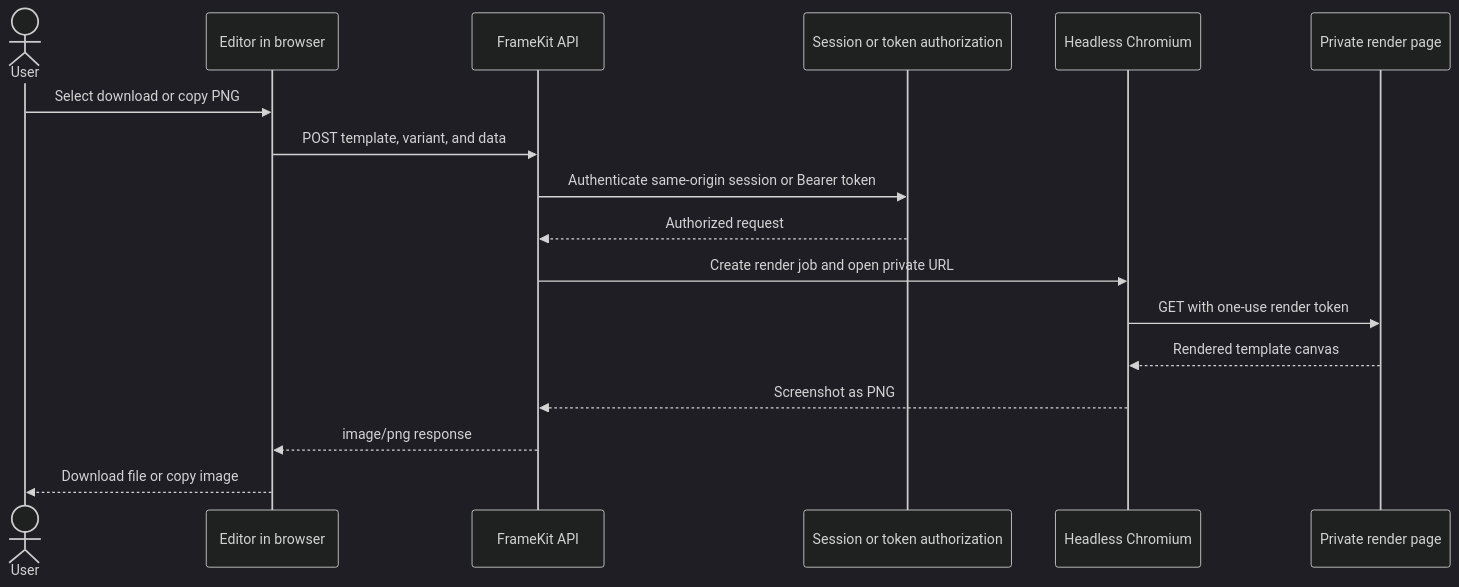
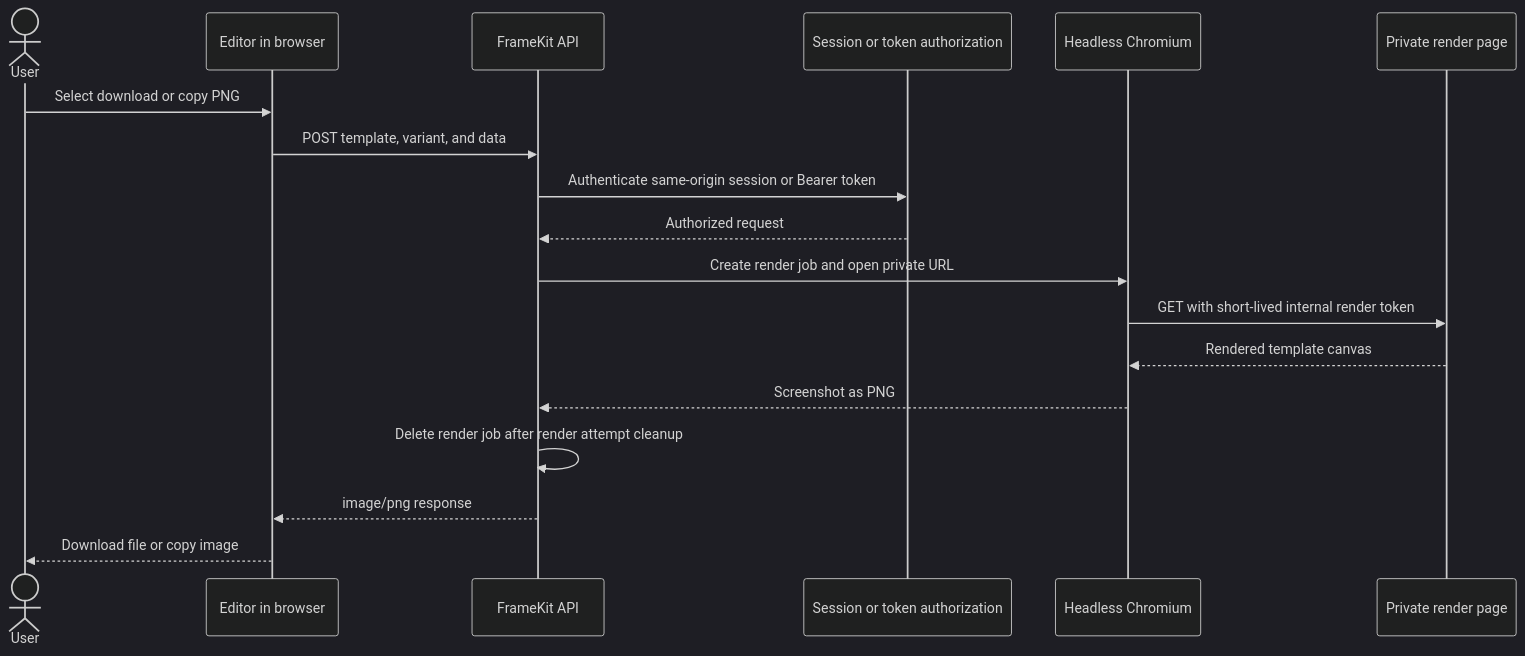
One commit to MauricioDMO/FrameKit changed the diagram in apps/docs/src/content/docs/en/contributors/architecture/studio-and-editor.md. Above: the diagram before and after it, drawn with Mermaid (dark theme). The commit also changed other lines of this file and 1 other file, not shown here.

Commit message:
docs(contributors): fix architecture review findings

````diff
--- a/apps/docs/src/content/docs/en/contributors/architecture/studio-and-editor.md
+++ b/apps/docs/src/content/docs/en/contributors/architecture/studio-and-editor.md
@@ -52,20 +57,21 @@
 ```mermaid
 sequenceDiagram
   actor User
   participant Editor as Editor in browser
   participant API as FrameKit API
   participant Access as Session or token authorization
   participant Chromium as Headless Chromium
   participant RenderPage as Private render page
 
   User->>Editor: Select download or copy PNG
   Editor->>API: POST template, variant, and data
   API->>Access: Authenticate same-origin session or Bearer token
   Access-->>API: Authorized request
   API->>Chromium: Create render job and open private URL
-  Chromium->>RenderPage: GET with one-use render token
+  Chromium->>RenderPage: GET with short-lived internal render token
   RenderPage-->>Chromium: Rendered template canvas
   Chromium-->>API: Screenshot as PNG
+  API->>API: Delete render job after render attempt cleanup
   API-->>Editor: image/png response
   Editor-->>User: Download file or copy image
 ```
````
